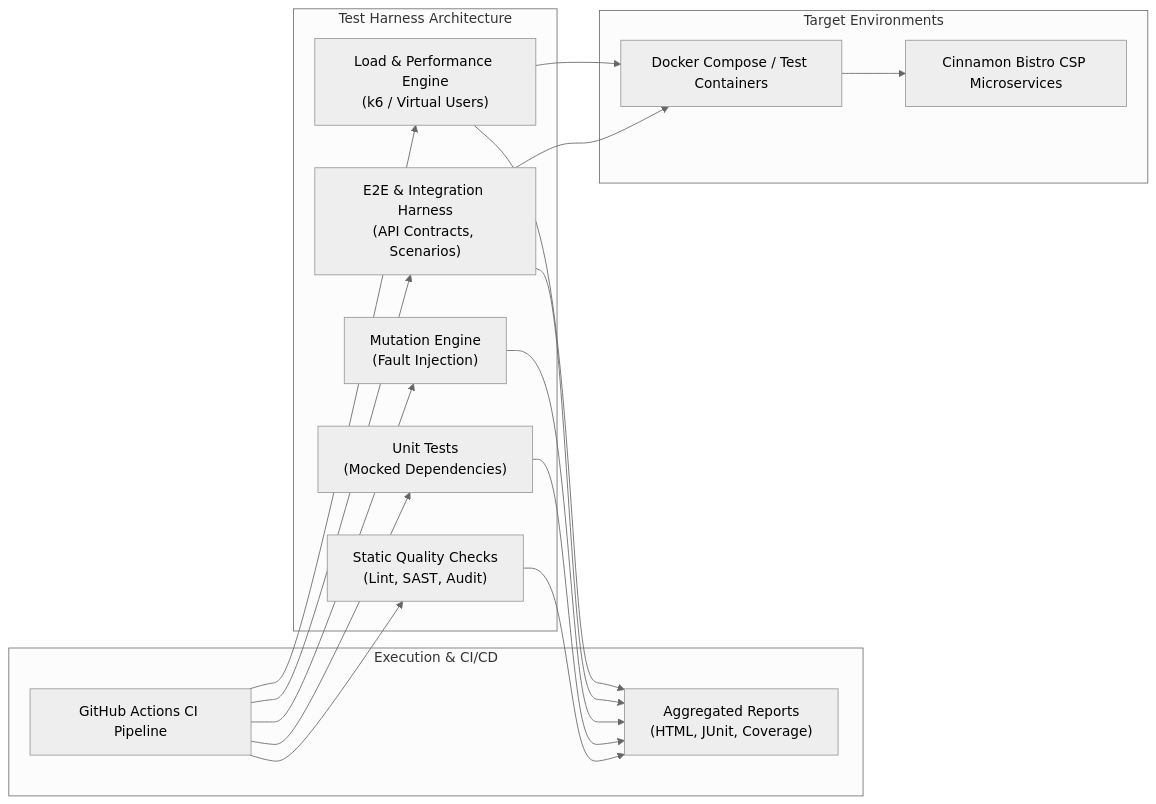
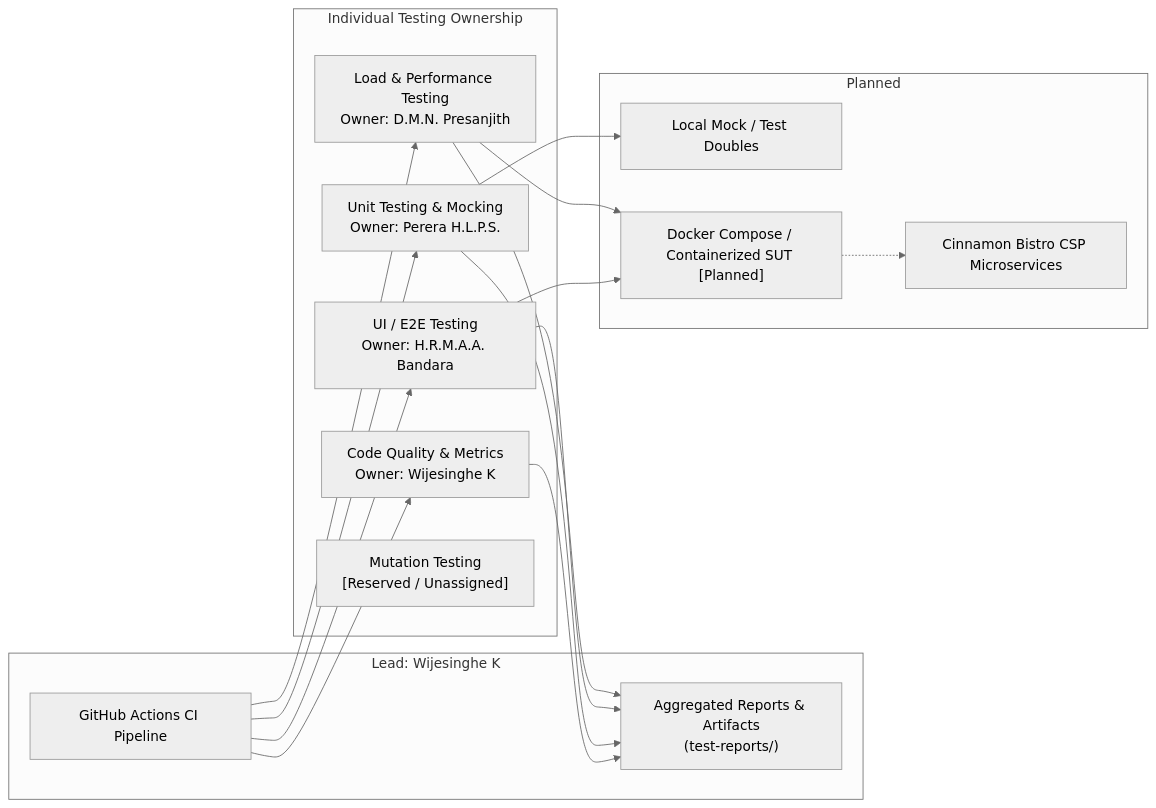
The second of 2 diagrams in docs/architecture.md (Smart-Restaurant-Management-System1/Cinnamon-Bistro-SE3112-Test-Automation), drawn with Mermaid (neutral theme) before and after one commit. The commit also changed other lines of this file and 3 other files, not shown here.

````diff
--- a/docs/architecture.md
+++ b/docs/architecture.md
@@ -53,36 +57,36 @@
 ```mermaid
 flowchart LR
-    subgraph Test Harness Architecture
-        QC["Static Quality Checks\n(Lint, SAST, Audit)"]
-        Unit["Unit Tests\n(Mocked Dependencies)"]
-        Mutation["Mutation Engine\n(Fault Injection)"]
-        E2E["E2E & Integration Harness\n(API Contracts, Scenarios)"]
-        Load["Load & Performance Engine\n(k6 / Virtual Users)"]
+    subgraph Individual Testing Ownership
+        QC["Code Quality & Metrics\nOwner: Wijesinghe K"]
+        Unit["Unit Testing & Mocking\nOwner: Perera H.L.P.S."]
+        E2E["UI / E2E Testing\nOwner: H.R.M.A.A. Bandara"]
+        Load["Load & Performance Testing\nOwner: D.M.N. Presanjith"]
+        Mut["Mutation Testing\n[Reserved / Unassigned]"]
     end
 
-    subgraph Execution & CI/CD
+    subgraph Shared Group CI/CD Orchestration [Lead: Wijesinghe K]
         Workflow["GitHub Actions CI Pipeline"]
-        Artifacts["Aggregated Reports\n(HTML, JUnit, Coverage)"]
+        Artifacts["Aggregated Reports & Artifacts\n(test-reports/)"]
     end
 
-    subgraph Target Environments
-        Docker["Docker Compose / Test Containers"]
-        CSP["Cinnamon Bistro CSP Microservices"]
+    subgraph Target Environments [Planned]
+        LocalDev["Local Mock / Test Doubles"]
+        DockerEnv["Docker Compose / Containerized SUT [Planned]"]
+        CSPApp["Cinnamon Bistro CSP Microservices"]
     end
 
     Workflow --> QC
     Workflow --> Unit
-    Workflow --> Mutation
     Workflow --> E2E
     Workflow --> Load
 
-    E2E --> Docker
-    Load --> Docker
-    Docker --> CSP
+    Unit --> LocalDev
+    E2E --> DockerEnv
+    Load --> DockerEnv
+    DockerEnv -.-> CSPApp
 
     QC --> Artifacts
     Unit --> Artifacts
-    Mutation --> Artifacts
     E2E --> Artifacts
     Load --> Artifacts
 ```
````
